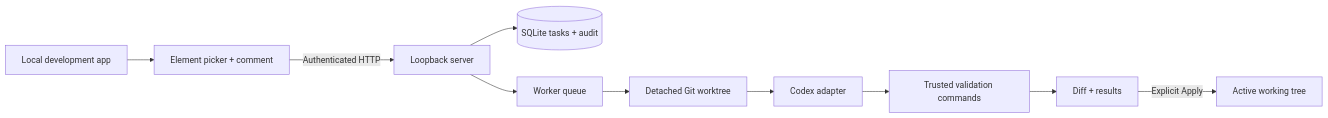
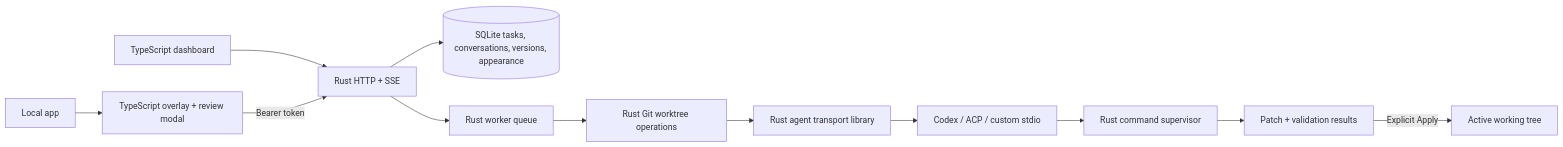
The diagram in docs/architecture.md (gerardoyxy/devreview-agent), drawn with Mermaid before and after one commit. The commit also changed other lines of this file and 97 other files, not shown here.

First line of the commit message:
Ship NudgeThis source alpha with Rust runtime and TypeScript UI

````diff
--- a/docs/architecture.md
+++ b/docs/architecture.md
@@ -3,12 +3,14 @@
 ```mermaid
 flowchart LR
-  App[Local development app] --> Overlay[Element picker + comment]
-  Overlay -->|Authenticated HTTP| Server[Loopback server]
-  Server --> Store[(SQLite tasks + audit)]
-  Server --> Queue[Worker queue]
-  Queue --> Git[Detached Git worktree]
-  Git --> Agent[Codex adapter]
-  Agent --> Validation[Trusted validation commands]
-  Validation --> Review[Diff + results]
-  Review -->|Explicit Apply| WorkingTree[Active working tree]
+  App[Local app] --> Overlay[TypeScript overlay + review modal]
+  Dashboard[TypeScript dashboard] --> API[Rust HTTP + SSE]
+  Overlay -->|Bearer token| API
+  API --> Store[(SQLite tasks, conversations, versions, appearance)]
+  API --> Queue[Rust worker queue]
+  Queue --> Git[Rust Git worktree operations]
+  Git --> Runtime[Rust agent transport library]
+  Runtime --> Agent[Codex / ACP / custom stdio]
+  Agent --> Validation[Rust command supervisor]
+  Validation --> Review[Patch + validation results]
+  Review -->|Explicit Apply| Checkout[Active working tree]
 ```
````
